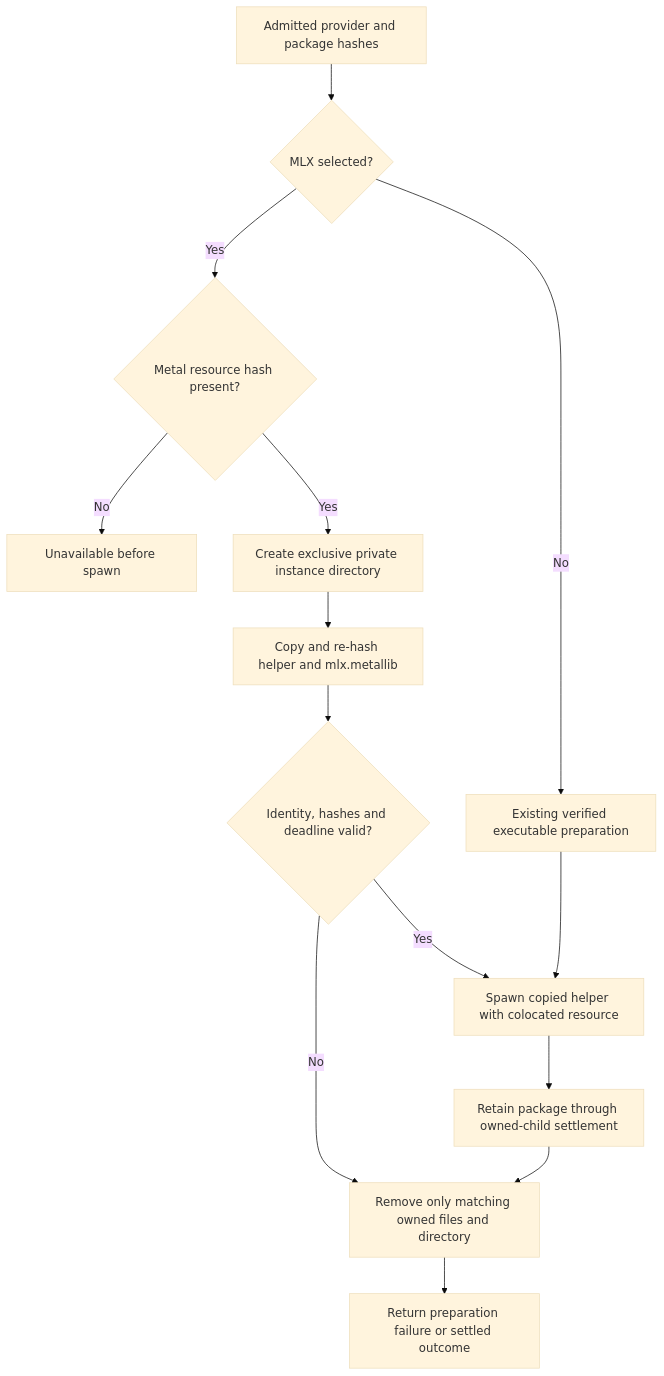
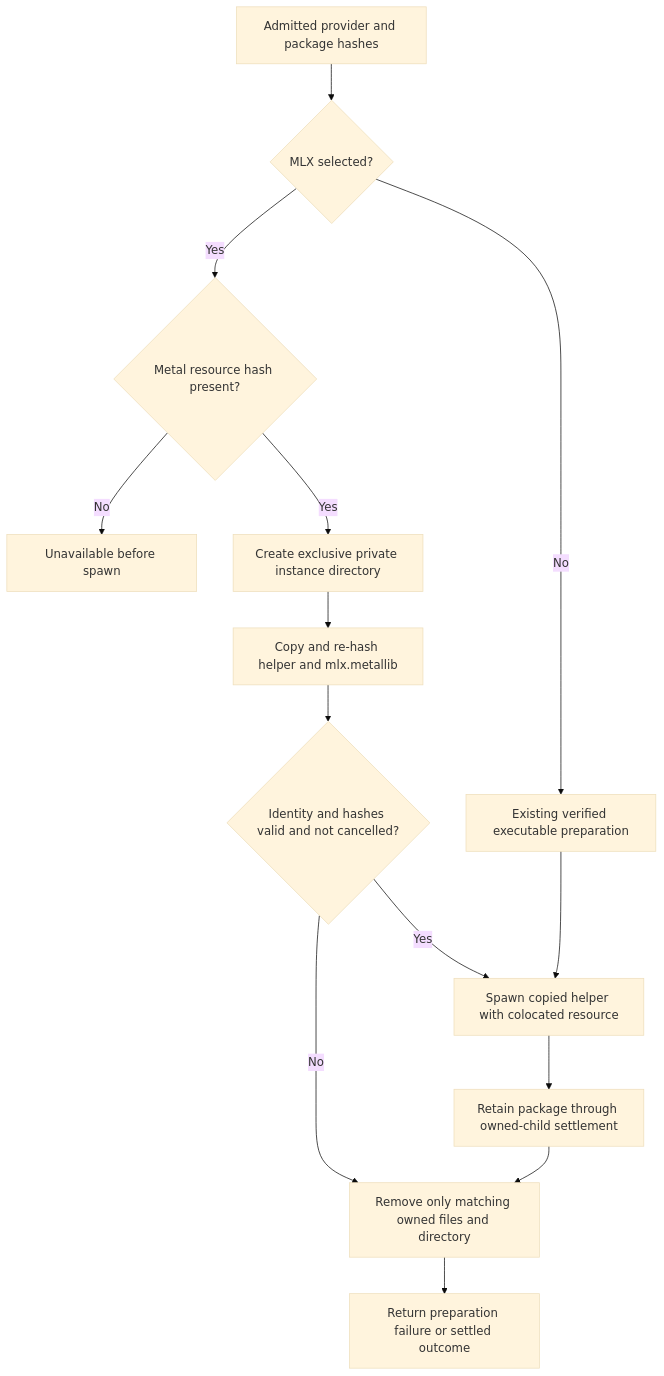
The third of 8 diagrams in docs/designs/model-provider-integration.md (pidster/asura), drawn with Mermaid (base theme) before and after one commit. The commit also changed other lines of this file and 39 other files, not shown here.

````diff
--- a/docs/designs/model-provider-integration.md
+++ b/docs/designs/model-provider-integration.md
@@ -408,16 +417,16 @@
 ```mermaid
 flowchart TD
     Select["Admitted provider and package hashes"] --> Need{"MLX selected?"}
     Need -->|No| Existing["Existing verified executable preparation"]
     Need -->|Yes| Hash{"Metal resource hash present?"}
     Hash -->|No| Fail["Unavailable before spawn"]
     Hash -->|Yes| Dir["Create exclusive private instance directory"]
     Dir --> Copy["Copy and re-hash helper and mlx.metallib"]
-    Copy --> Valid{"Identity, hashes and deadline valid?"}
+    Copy --> Valid{"Identity and hashes valid and not cancelled?"}
     Valid -->|No| Cleanup["Remove only matching owned files and directory"]
     Valid -->|Yes| Spawn["Spawn copied helper with colocated resource"]
     Existing --> Spawn
     Spawn --> Settle["Retain package through owned-child settlement"]
     Settle --> Cleanup
     Cleanup --> Done["Return preparation failure or settled outcome"]
 ```
````
